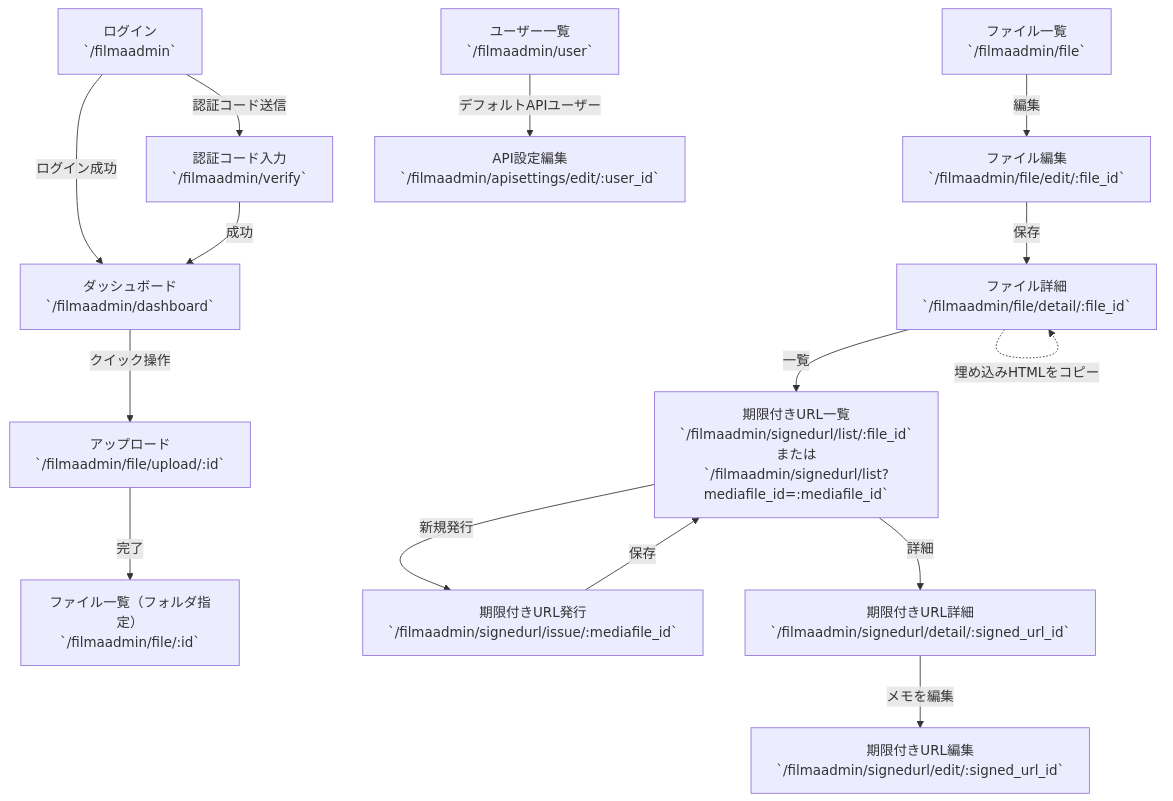
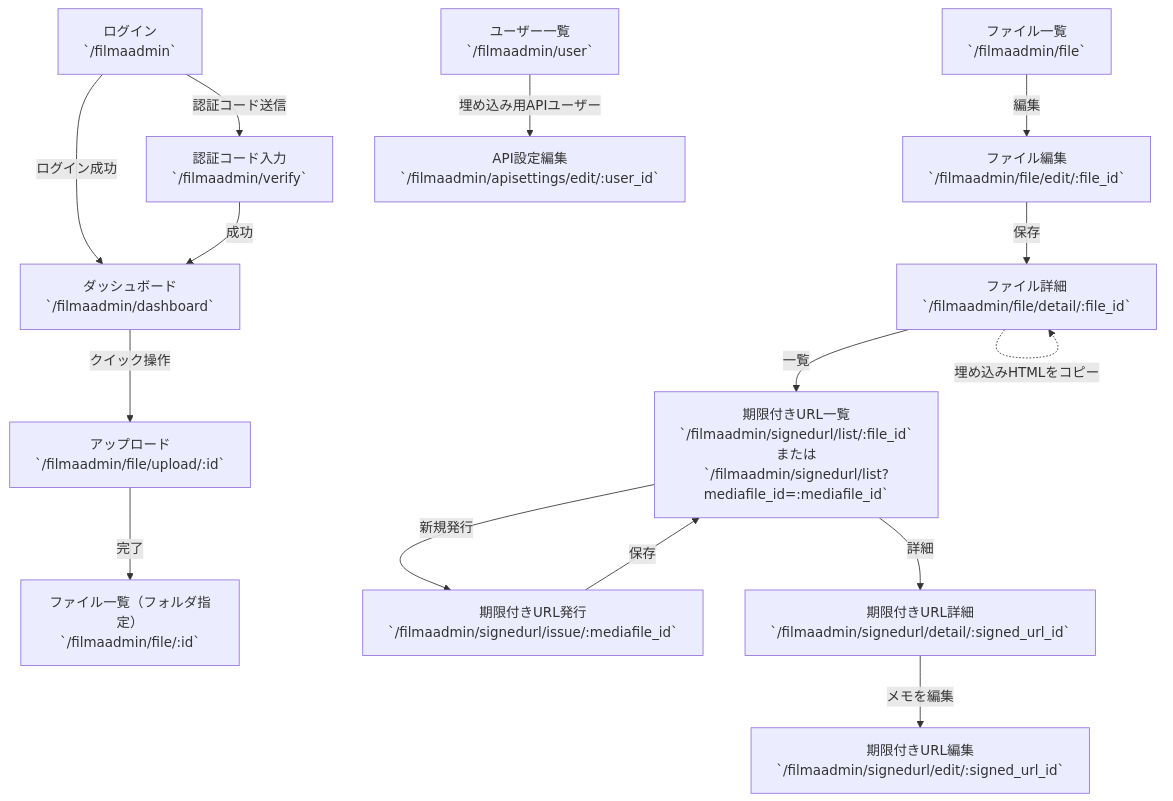
The diagram in admin-manual/docs/routes_flow.md (moguracream/filma-docs), drawn with Mermaid before and after one commit. The commit also changed other lines of this file and 9 other files, not shown here.

````diff
--- a/admin-manual/docs/routes_flow.md
+++ b/admin-manual/docs/routes_flow.md
@@ -22,41 +22,41 @@
 ```mermaid
 flowchart TB
   %% 認証
   login["ログイン<br/>`/filmaadmin`"]
   verify["認証コード入力<br/>`/filmaadmin/verify`"]
   dashboard["ダッシュボード<br/>`/filmaadmin/dashboard`"]
 
   %% 一覧・詳細・編集・アップロード
   file_list["ファイル一覧<br/>`/filmaadmin/file`"]
   file_list_f["ファイル一覧（フォルダ指定）<br/>`/filmaadmin/file/:id`"]
   file_detail["ファイル詳細<br/>`/filmaadmin/file/detail/:file_id`"]
   file_edit["ファイル編集<br/>`/filmaadmin/file/edit/:file_id`"]
   upload["アップロード<br/>`/filmaadmin/file/upload/:id`"]
 
   %% 期限付きURL
   su_list["期限付きURL一覧<br/>`/filmaadmin/signedurl/list/:file_id`<br/>または<br/>`/filmaadmin/signedurl/list?mediafile_id=:mediafile_id`"]
   su_issue["期限付きURL発行<br/>`/filmaadmin/signedurl/issue/:mediafile_id`"]
   su_detail["期限付きURL詳細<br/>`/filmaadmin/signedurl/detail/:signed_url_id`"]
   su_edit["期限付きURL編集<br/>`/filmaadmin/signedurl/edit/:signed_url_id`"]
 
   %% ユーザー・API設定
   users["ユーザー一覧<br/>`/filmaadmin/user`"]
   api_edit["API設定編集<br/>`/filmaadmin/apisettings/edit/:user_id`"]
 
   %% 認証フロー
   login -->|ログイン成功| dashboard
   login -->|認証コード送信| verify -->|成功| dashboard
 
   %% アップロード/公開フロー
   dashboard -->|クイック操作| upload -->|完了| file_list_f
   file_list -->|編集| file_edit -->|保存| file_detail
 
   %% 期限付きURLフロー
   file_detail -->|一覧| su_list
   su_list -->|新規発行| su_issue -->|保存| su_list
   su_list -->|詳細| su_detail -->|メモを編集| su_edit
 
   %% 埋め込みHTML 初回準備
-  users -->|デフォルトAPIユーザー| api_edit
+  users -->|埋め込み用APIユーザー| api_edit
   file_detail -.->|埋め込みHTMLをコピー| file_detail
 ```
````
